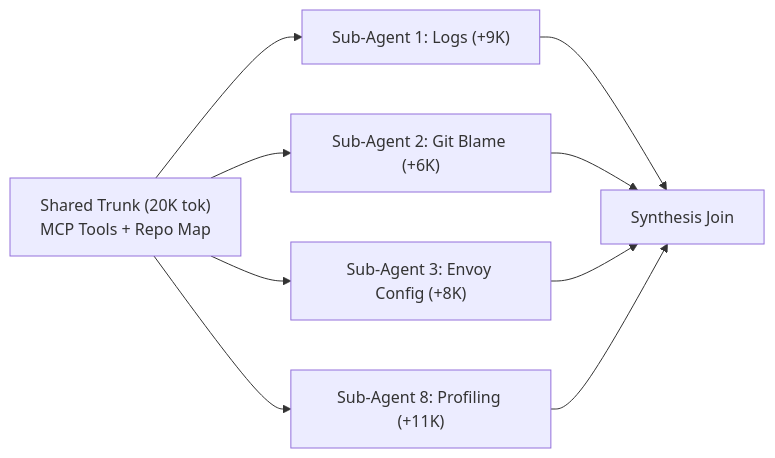
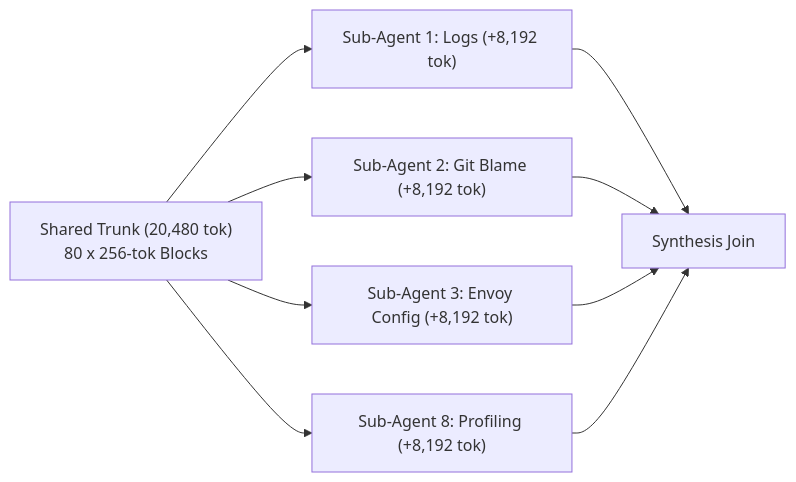
The first of 2 diagrams in KubeCon26/slides/slides.md (rabimba/GDE-ML-Artifacts), drawn with Mermaid before and after one commit. The commit also changed other lines of this file and 208 other files, not shown here.

````diff
--- a/KubeCon26/slides/slides.md
+++ b/KubeCon26/slides/slides.md
@@ -55,11 +55,11 @@
 ```mermaid {scale: 0.5}
 graph LR
-  T["Shared Trunk (20K tok)<br/>MCP Tools + Repo Map"] --> A1["Sub-Agent 1: Logs (+9K)"]
-  T --> A2["Sub-Agent 2: Git Blame (+6K)"]
-  T --> A3["Sub-Agent 3: Envoy Config (+8K)"]
-  T --> A8["Sub-Agent 8: Profiling (+11K)"]
+  T["Shared Trunk (20,480 tok)<br/>80 x 256-tok Blocks"] --> A1["Sub-Agent 1: Logs (+8,192 tok)"]
+  T --> A2["Sub-Agent 2: Git Blame (+8,192 tok)"]
+  T --> A3["Sub-Agent 3: Envoy Config (+8,192 tok)"]
+  T --> A8["Sub-Agent 8: Profiling (+8,192 tok)"]
   A1 --> J["Synthesis Join"]
   A2 --> J
   A3 --> J
   A8 --> J
 ```
````
